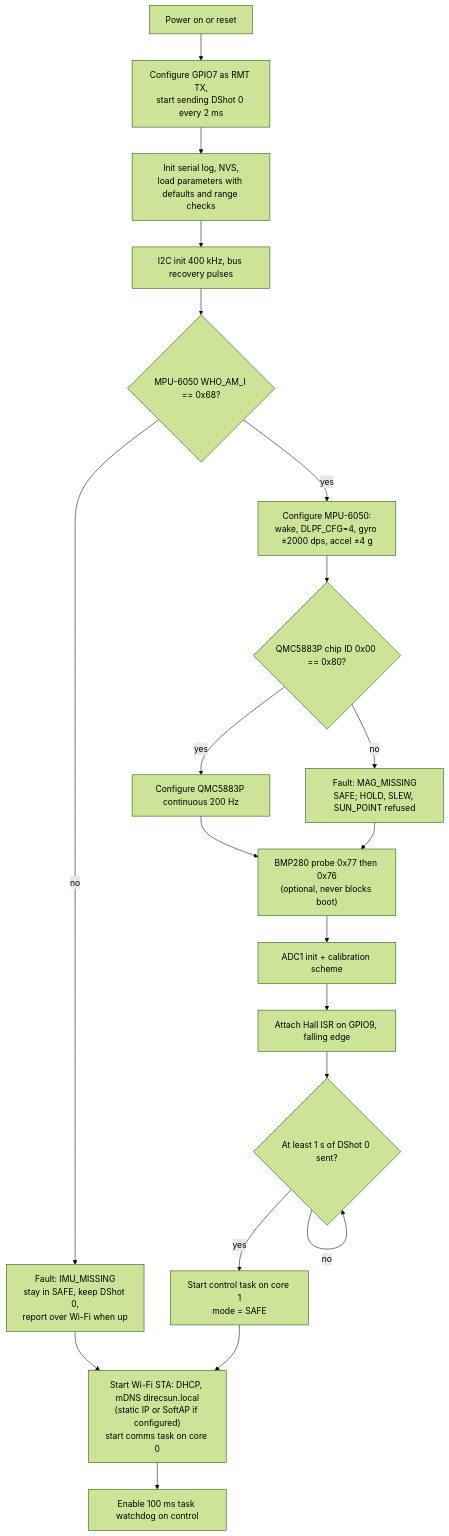
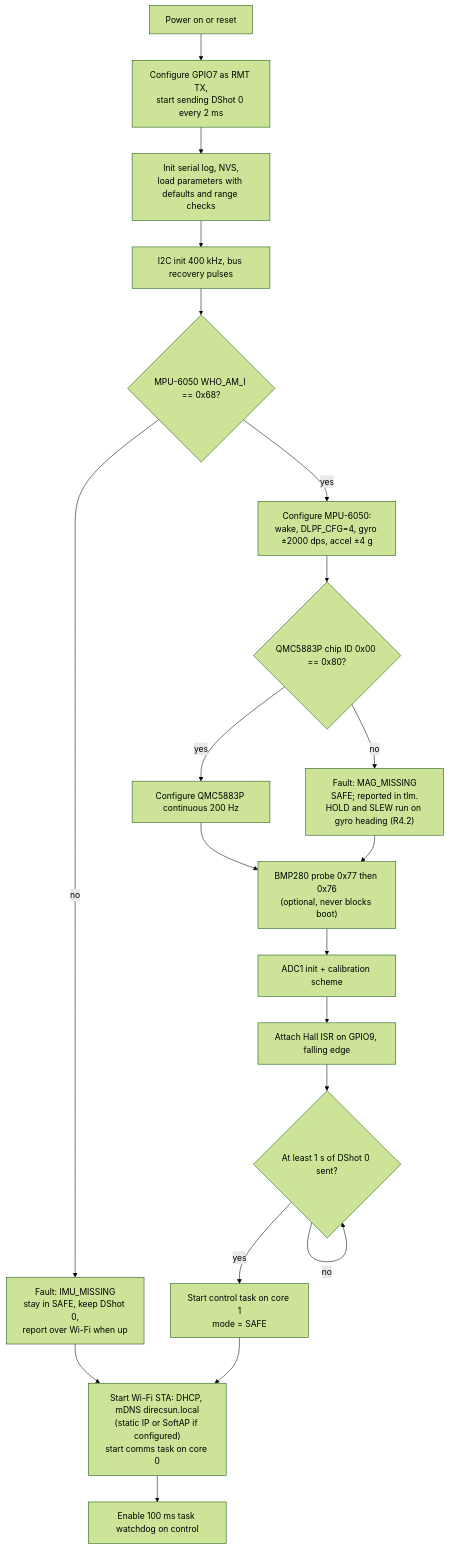
Before and after one commit to aarochu/DirecSun: the third of 13 diagrams in docs/firmware-design.md, drawn with Mermaid (forest theme). The commit also changed other lines of this file and 7 other files, not shown here.

First line of the commit message:
feat(wire,docs): HEADING_GYRO and relative headings on the wire; guard amendment (R4.2)

````diff
--- a/docs/firmware-design.md
+++ b/docs/firmware-design.md
@@ -273,22 +273,22 @@
 ```mermaid
 flowchart TD
     A["Power on or reset"] --> B["Configure GPIO7 as RMT TX,<br/>start sending DShot 0 every 2 ms"]
     B --> C["Init serial log, NVS,<br/>load parameters with defaults and range checks"]
     C --> D["I2C init 400 kHz, bus recovery pulses"]
     D --> E{"MPU-6050 WHO_AM_I == 0x68?"}
     E -- no --> F["Fault: IMU_MISSING<br/>stay in SAFE, keep DShot 0,<br/>report over Wi-Fi when up"]
     E -- yes --> G["Configure MPU-6050:<br/>wake, DLPF_CFG=4, gyro ±2000 dps, accel ±4 g"]
     G --> H{"QMC5883P chip ID 0x00 == 0x80?"}
-    H -- no --> I["Fault: MAG_MISSING<br/>SAFE; HOLD, SLEW, SUN_POINT refused"]
+    H -- no --> I["Fault: MAG_MISSING<br/>SAFE; reported in tlm.<br/>HOLD and SLEW run on gyro heading (R4.2)"]
     H -- yes --> J["Configure QMC5883P continuous 200 Hz"]
     I --> K
     J --> K["BMP280 probe 0x77 then 0x76<br/>(optional, never blocks boot)"]
     K --> L["ADC1 init + calibration scheme"]
     L --> M["Attach Hall ISR on GPIO9, falling edge"]
     M --> N{"At least 1 s of DShot 0 sent?"}
     N -- no --> N
     N -- yes --> O["Start control task on core 1<br/>mode = SAFE"]
     O --> P["Start Wi-Fi STA: DHCP, mDNS direcsun.local<br/>(static IP or SoftAP if configured)<br/>start comms task on core 0"]
     P --> Q["Enable 100 ms task watchdog on control"]
     F --> P
 ```
````
